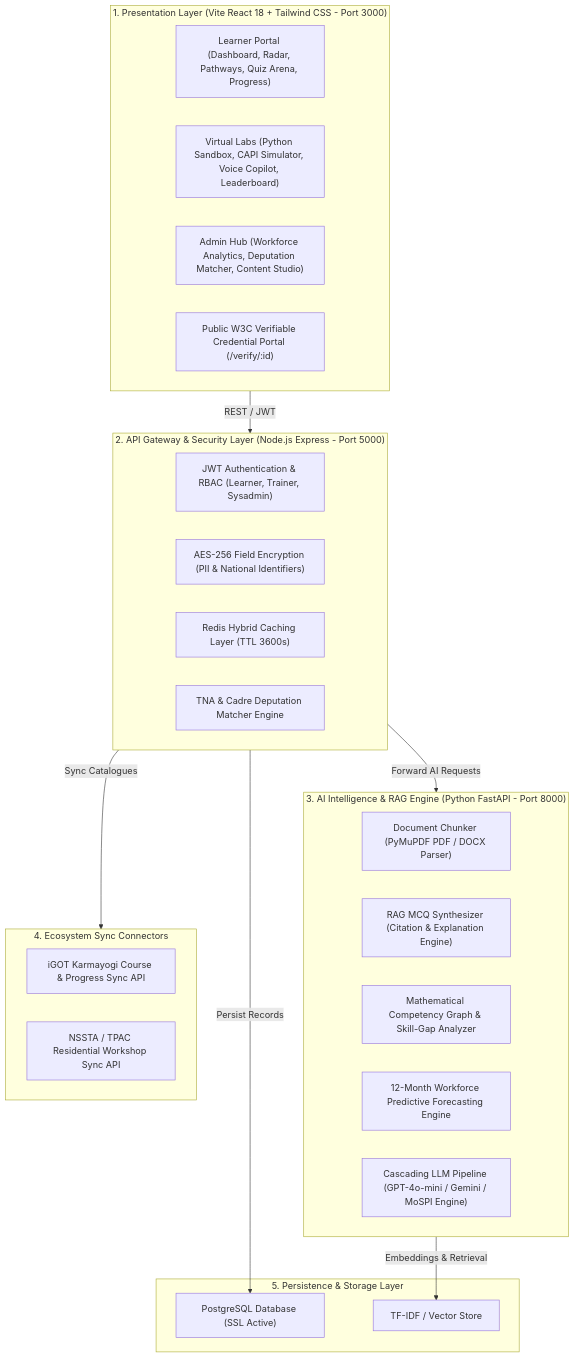
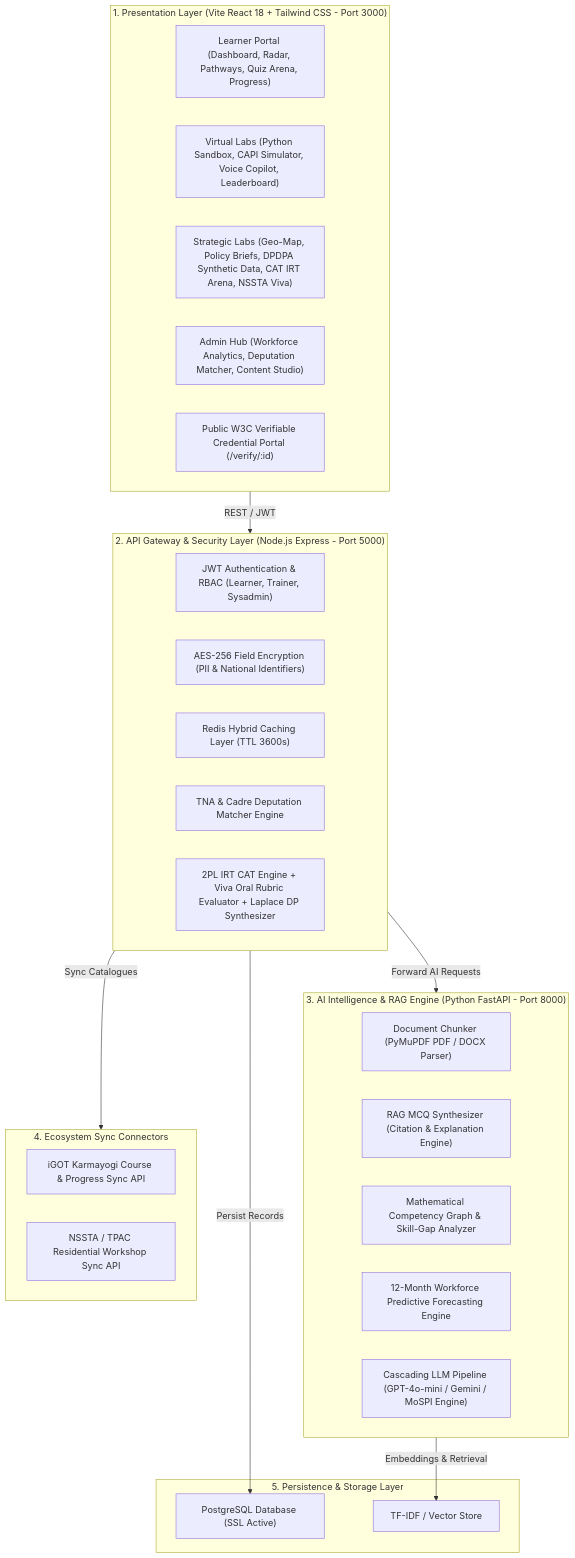
The diagram in README.md (Jayanta2004/Saksham-AI---SIH26), drawn with Mermaid before and after one commit. The commit also changed other lines of this file, not shown here.

Commit message:
docs: update README with Phase 2 advanced capabilities (Steps 7-11)

````diff
--- a/README.md
+++ b/README.md
@@ -74,40 +79,42 @@
 ```mermaid
 graph TD
     subgraph UI ["1. Presentation Layer (Vite React 18 + Tailwind CSS - Port 3000)"]
         LearnerPortal["Learner Portal (Dashboard, Radar, Pathways, Quiz Arena, Progress)"]
         AdvancedLabs["Virtual Labs (Python Sandbox, CAPI Simulator, Voice Copilot, Leaderboard)"]
+        Phase2Labs["Strategic Labs (Geo-Map, Policy Briefs, DPDPA Synthetic Data, CAT IRT Arena, NSSTA Viva)"]
         AdminPortal["Admin Hub (Workforce Analytics, Deputation Matcher, Content Studio)"]
         PublicVerify["Public W3C Verifiable Credential Portal (/verify/:id)"]
     end
 
     subgraph Gateway ["2. API Gateway & Security Layer (Node.js Express - Port 5000)"]
         JWTAuth["JWT Authentication & RBAC (Learner, Trainer, Sysadmin)"]
         CryptoEngine["AES-256 Field Encryption (PII & National Identifiers)"]
         RedisCache["Redis Hybrid Caching Layer (TTL 3600s)"]
         DeputationEngine["TNA & Cadre Deputation Matcher Engine"]
+        Phase2Engines["2PL IRT CAT Engine + Viva Oral Rubric Evaluator + Laplace DP Synthesizer"]
     end
 
     subgraph AI ["3. AI Intelligence & RAG Engine (Python FastAPI - Port 8000)"]
         DocChunker["Document Chunker (PyMuPDF PDF / DOCX Parser)"]
         MCQGen["RAG MCQ Synthesizer (Citation & Explanation Engine)"]
         GapAnalyzer["Mathematical Competency Graph & Skill-Gap Analyzer"]
         Predictor["12-Month Workforce Predictive Forecasting Engine"]
         LLMChain["Cascading LLM Pipeline (GPT-4o-mini / Gemini / MoSPI Engine)"]
     end
 
     subgraph Integration ["4. Ecosystem Sync Connectors"]
         iGOTConnector["iGOT Karmayogi Course & Progress Sync API"]
         NSSTAConnector["NSSTA / TPAC Residential Workshop Sync API"]
     end
 
     subgraph Database ["5. Persistence & Storage Layer"]
         PostgresDB["PostgreSQL Database (SSL Active)"]
         VectorDB["TF-IDF / Vector Store"]
     end
 
     UI -->|REST / JWT| Gateway
     Gateway -->|Forward AI Requests| AI
     Gateway -->|Sync Catalogues| Integration
     Gateway -->|Persist Records| PostgresDB
     AI -->|Embeddings & Retrieval| VectorDB
 ```
````
